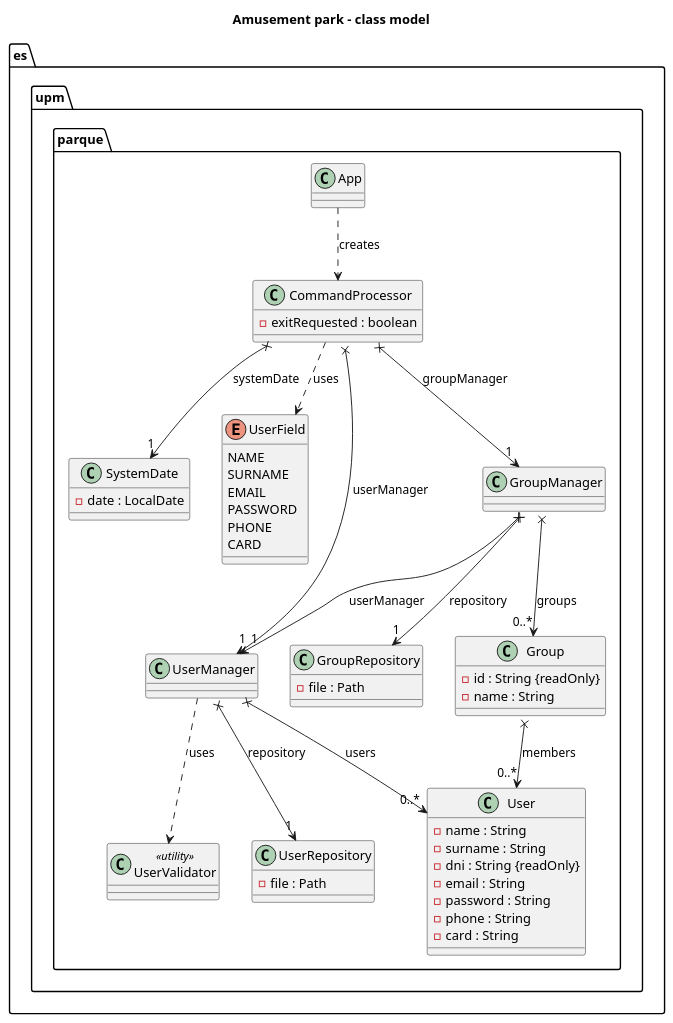
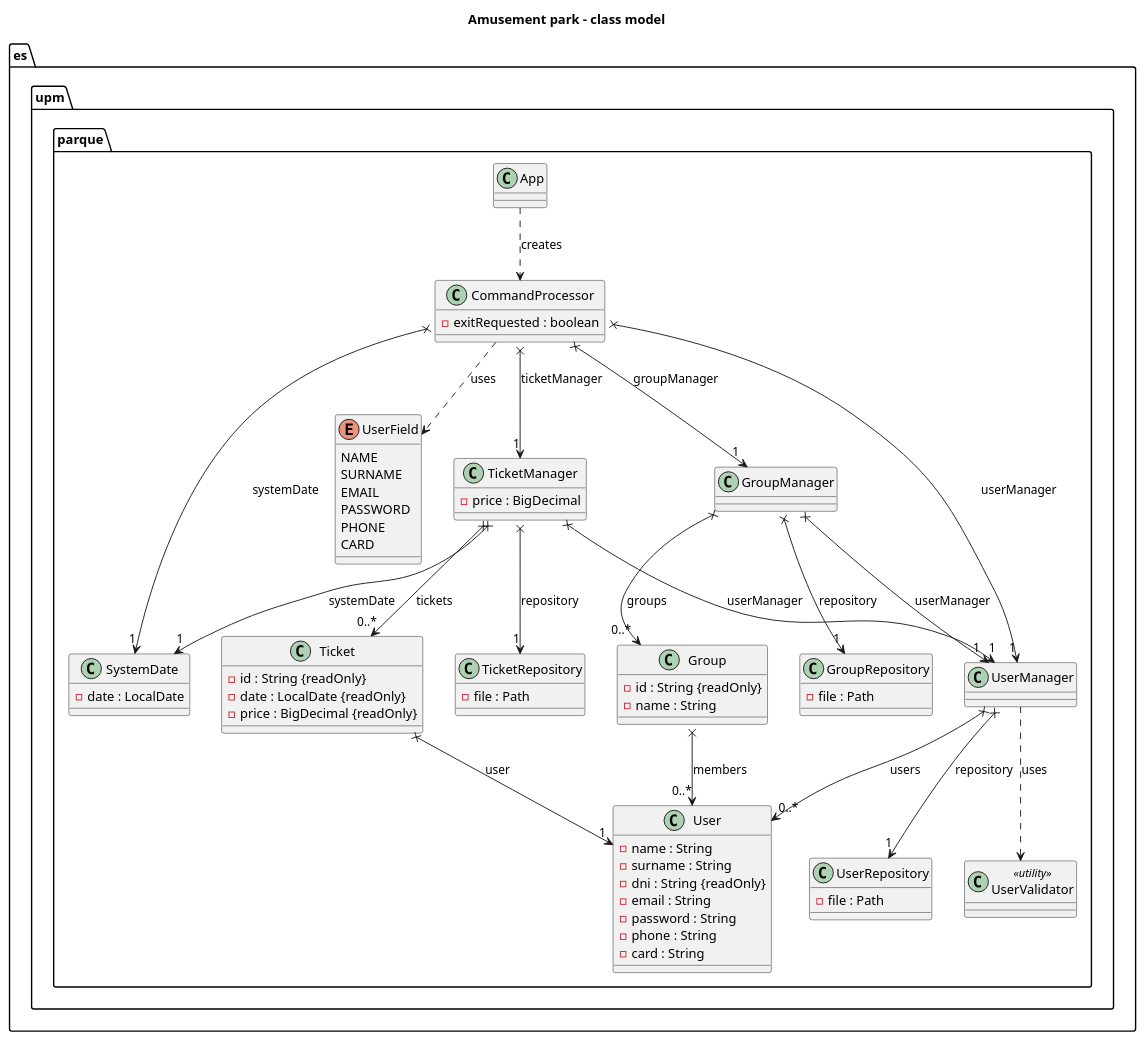
The diagram in uml/model.puml (skai-upm/caise27), drawn with PlantUML before and after one commit. The commit also changed 20 other files, not shown here.

```diff
--- a/uml/model.puml
+++ b/uml/model.puml
@@ -1,72 +1,92 @@
 @startuml model
 title Amusement park - class model
 
 package es.upm.parque {
 
   class App {
   }
 
   class CommandProcessor {
     - exitRequested : boolean
   }
 
   class SystemDate {
     - date : LocalDate
   }
 
   class User {
     - name : String
     - surname : String
     - dni : String {readOnly}
     - email : String
     - password : String
     - phone : String
     - card : String
   }
 
   enum UserField {
     NAME
     SURNAME
     EMAIL
     PASSWORD
     PHONE
     CARD
   }
 
   class UserValidator <<utility>> {
   }
 
   class UserManager {
   }
 
   class UserRepository {
     - file : Path
   }
 
   class Group {
     - id : String {readOnly}
     - name : String
   }
 
   class GroupManager {
   }
 
   class GroupRepository {
     - file : Path
   }
+
+  class Ticket {
+    - id : String {readOnly}
+    - date : LocalDate {readOnly}
+    - price : BigDecimal {readOnly}
+  }
+
+  class TicketManager {
+    - price : BigDecimal
+  }
+
+  class TicketRepository {
+    - file : Path
+  }
 }
 
 App ..> CommandProcessor : creates
 CommandProcessor x--> "1" UserManager : userManager
 CommandProcessor x--> "1" GroupManager : groupManager
+CommandProcessor x--> "1" TicketManager : ticketManager
 CommandProcessor x--> "1" SystemDate : systemDate
 CommandProcessor ..> UserField : uses
 UserManager x--> "1" UserRepository : repository
 UserManager x--> "0..*" User : users
 UserManager ..> UserValidator : uses
 GroupManager x--> "1" GroupRepository : repository
 GroupManager x--> "1" UserManager : userManager
 GroupManager x--> "0..*" Group : groups
 Group x--> "0..*" User : members
+TicketManager x--> "1" TicketRepository : repository
+TicketManager x--> "1" UserManager : userManager
+TicketManager x--> "1" SystemDate : systemDate
+TicketManager x--> "0..*" Ticket : tickets
+Ticket x--> "1" User : user
 
 @enduml
```
